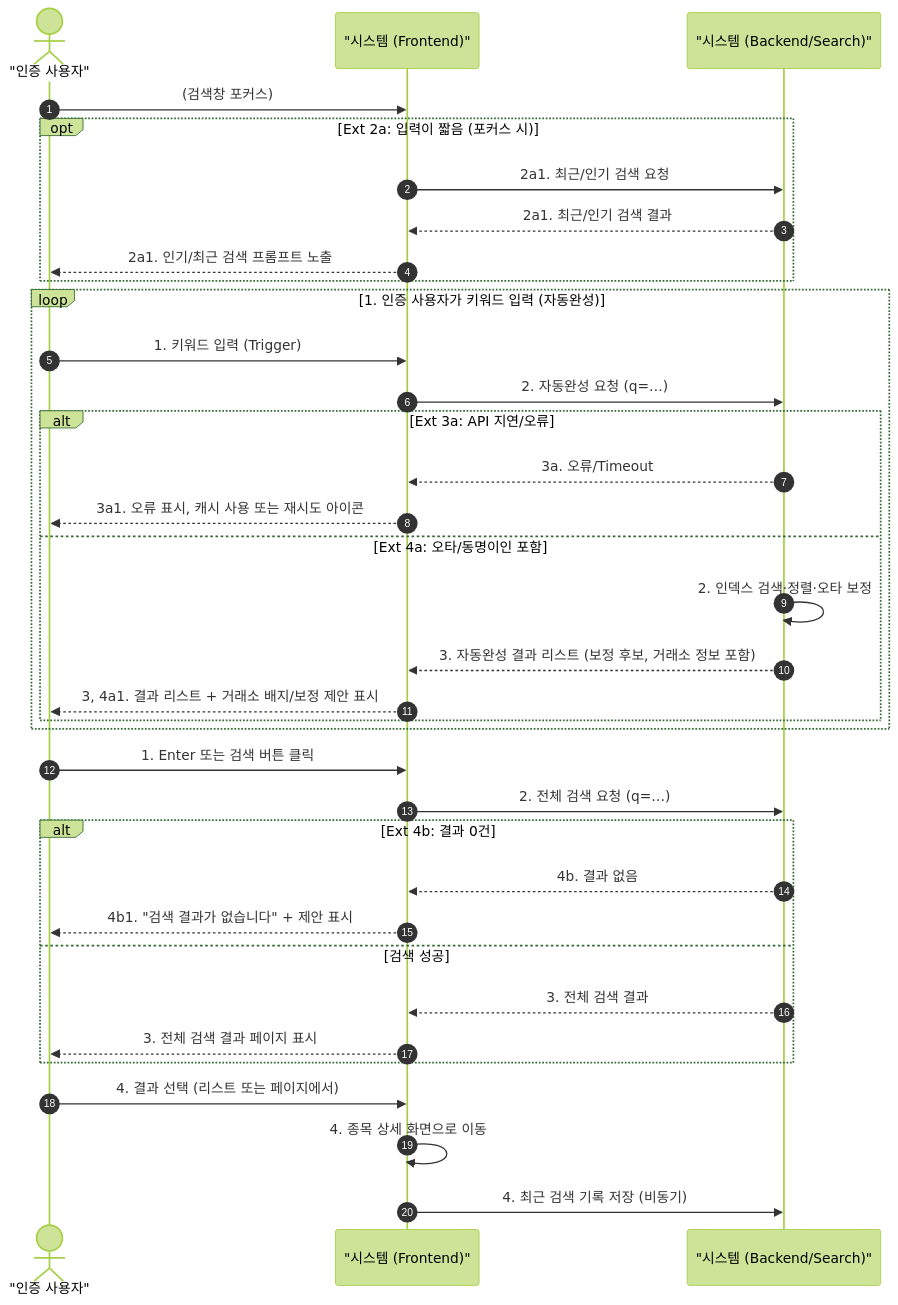
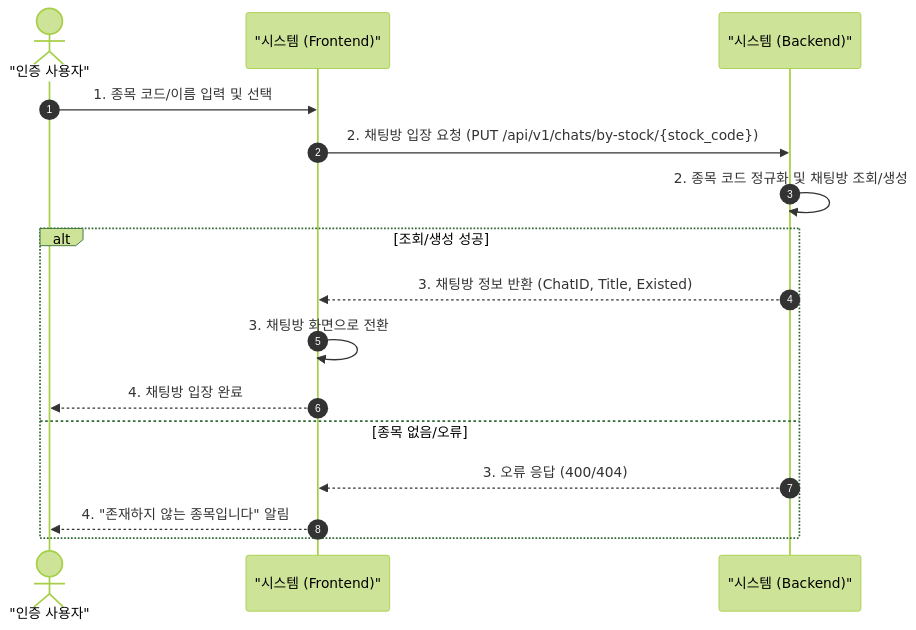
One commit to YU-SoftwareEng/AlphaBot changed the fourth of 18 diagrams in 문서/SDS/SDS_[Alphabot]_4_SequenceDiagram.md. Above: the diagram before and after it, drawn with Mermaid (forest theme). The commit also changed other lines of this file and 2 other files, not shown here.

````diff
--- a/문서/SDS/SDS_[Alphabot]_4_SequenceDiagram.md
+++ b/문서/SDS/SDS_[Alphabot]_4_SequenceDiagram.md
@@ -88,42 +88,21 @@
 ```mermaid
 sequenceDiagram
     autonumber
     actor User as "인증 사용자"
     participant FE as "시스템 (Frontend)"
-    participant BE as "시스템 (Backend/Search)"
+    participant BE as "시스템 (Backend)"
 
-    User->>FE: (검색창 포커스)
-    opt Ext 2a: 입력이 짧음 (포커스 시)
-        FE->>BE: 2a1. 최근/인기 검색 요청
-        BE-->>FE: 2a1. 최근/인기 검색 결과
-        FE-->>User: 2a1. 인기/최근 검색 프롬프트 노출
+    User->>FE: 1. 종목 코드/이름 입력 및 선택
+    FE->>BE: 2. 채팅방 입장 요청 (PUT /api/v1/chats/by-stock/{stock_code})
+    
+    BE->>BE: 2. 종목 코드 정규화 및 채팅방 조회/생성
+    
+    alt 조회/생성 성공
+        BE-->>FE: 3. 채팅방 정보 반환 (ChatID, Title, Existed)
+        FE->>FE: 3. 채팅방 화면으로 전환
+        FE-->>User: 4. 채팅방 입장 완료
+    else 종목 없음/오류
+        BE-->>FE: 3. 오류 응답 (400/404)
+        FE-->>User: 4. "존재하지 않는 종목입니다" 알림
     end
-
-    loop 1. 인증 사용자가 키워드 입력 (자동완성)
-        User->>FE: 1. 키워드 입력 (Trigger)
-        FE->>BE: 2. 자동완성 요청 (q=…)
-        alt Ext 3a: API 지연/오류
-            BE-->>FE: 3a. 오류/Timeout
-            FE-->>User: 3a1. 오류 표시, 캐시 사용 또는 재시도 아이콘
-        else Ext 4a: 오타/동명이인 포함
-            BE->>BE: 2. 인덱스 검색·정렬·오타 보정
-            BE-->>FE: 3. 자동완성 결과 리스트 (보정 후보, 거래소 정보 포함)
-            FE-->>User: 3, 4a1. 결과 리스트 + 거래소 배지/보정 제안 표시
-        end
-    end
-
-    User->>FE: 1. Enter 또는 검색 버튼 클릭
-    FE->>BE: 2. 전체 검색 요청 (q=…)
-
-    alt Ext 4b: 결과 0건
-        BE-->>FE: 4b. 결과 없음
-        FE-->>User: 4b1. "검색 결과가 없습니다" + 제안 표시
-    else 검색 성공
-        BE-->>FE: 3. 전체 검색 결과
-        FE-->>User: 3. 전체 검색 결과 페이지 표시
-    end
-
-    User->>FE: 4. 결과 선택 (리스트 또는 페이지에서)
-    FE->>FE: 4. 종목 상세 화면으로 이동
-    FE->>BE: 4. 최근 검색 기록 저장 (비동기)
 ```
````
